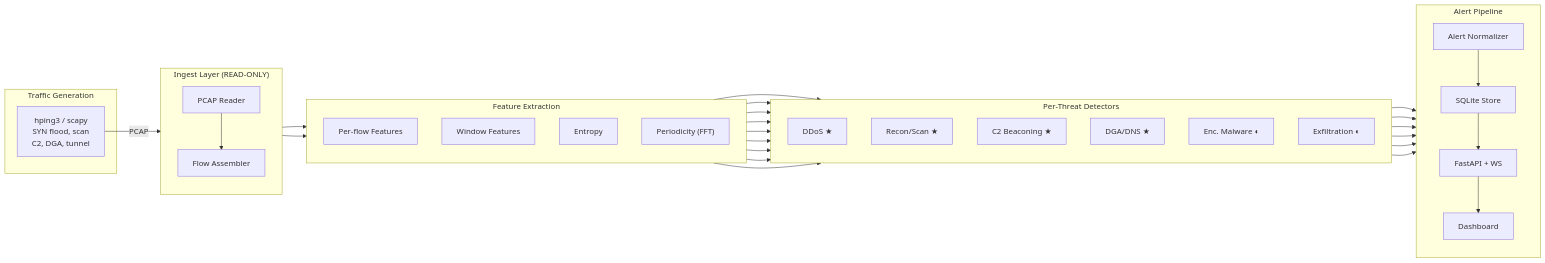
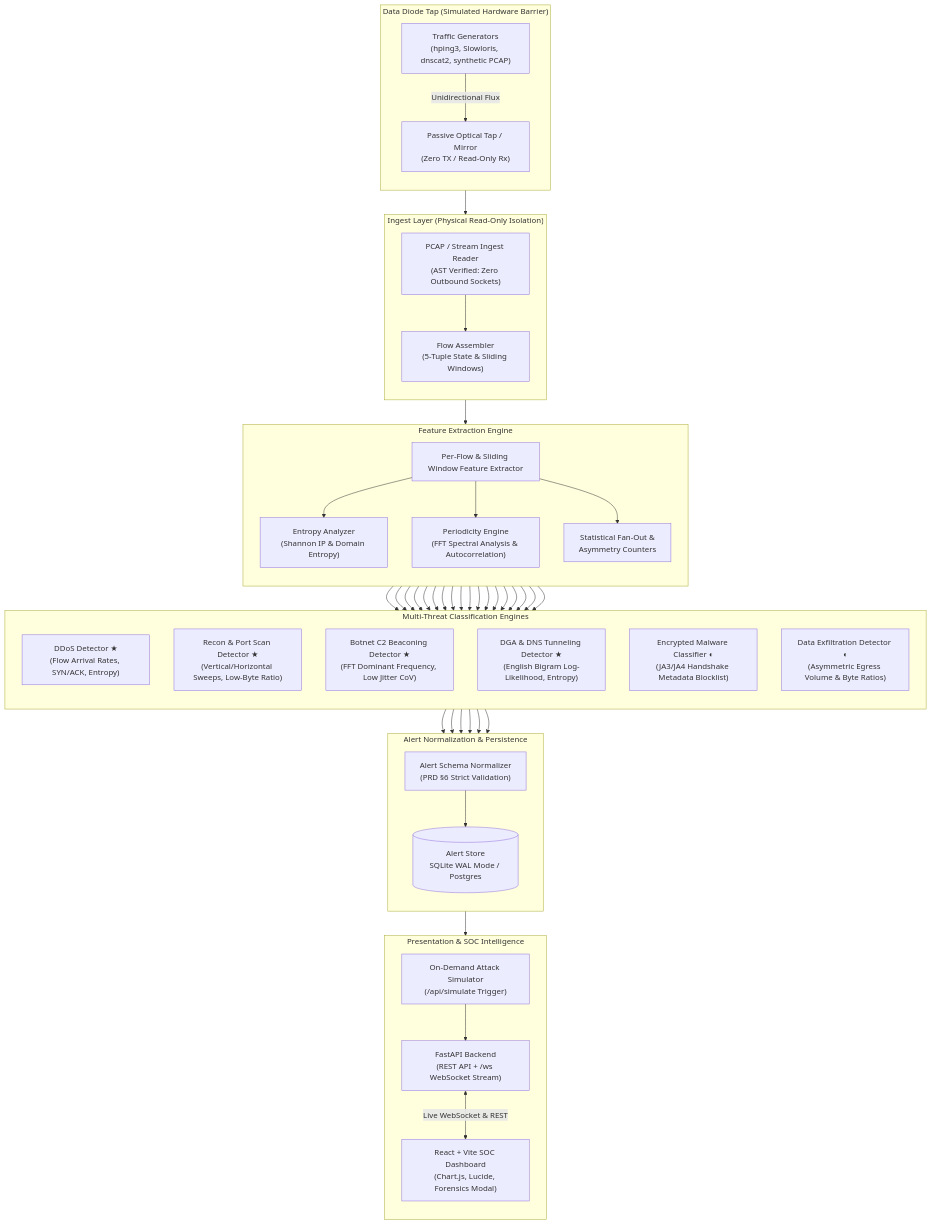
The diagram in README.md (imagine1phoenix/diode), drawn with Mermaid before and after one commit. The commit also changed other lines of this file and 21 other files, not shown here.

````diff
--- a/README.md
+++ b/README.md
@@ -7,46 +15,56 @@
 ```mermaid
-flowchart LR
-    subgraph Traffic["Traffic Generation"]
-        TG["hping3 / scapy\nSYN flood, scan\nC2, DGA, tunnel"]
+flowchart TD
+    subgraph Diode["Data Diode Tap (Simulated Hardware Barrier)"]
+        direction TB
+        TG["Traffic Generators\n(hping3, Slowloris, dnscat2, synthetic PCAP)"]
+        TAP["Passive Optical Tap / Mirror\n(Zero TX / Read-Only Rx)"]
+        TG -->|Unidirectional Flux| TAP
     end
 
-    subgraph Ingest["Ingest Layer (READ-ONLY)"]
+    subgraph Ingest["Ingest Layer (Physical Read-Only Isolation)"]
         direction TB
-        PR["PCAP Reader"]
-        FA["Flow Assembler"]
-        PR --> FA
+        RDR["PCAP / Stream Ingest Reader\n(AST Verified: Zero Outbound Sockets)"]
+        FA["Flow Assembler\n(5-Tuple State & Sliding Windows)"]
+        TAP --> RDR --> FA
     end
 
-    subgraph Features["Feature Extraction"]
+    subgraph Features["Feature Extraction Engine"]
         direction TB
-        FE["Per-flow Features"]
-        WF["Window Features"]
-        ENT["Entropy"]
-        PER["Periodicity (FFT)"]
+        FE["Per-Flow & Sliding Window Feature Extractor"]
+        ENT["Entropy Analyzer\n(Shannon IP & Domain Entropy)"]
+        PER["Periodicity Engine\n(FFT Spectral Analysis & Autocorrelation)"]
+        STAT["Statistical Fan-Out &\nAsymmetry Counters"]
+        FE --> ENT & PER & STAT
     end
 
-    subgraph Detectors["Per-Threat Detectors"]
+    subgraph Detectors["Multi-Threat Classification Engines"]
         direction TB
-        D1["DDoS ★"]
-        D2["Recon/Scan ★"]
-        D3["C2 Beaconing ★"]
-        D4["DGA/DNS ★"]
-        D5["Enc. Malware ◐"]
-        D6["Exfiltration ◐"]
+        D1["DDoS Detector ★\n(Flow Arrival Rates, SYN/ACK, Entropy)"]
+        D2["Recon & Port Scan Detector ★\n(Vertical/Horizontal Sweeps, Low-Byte Ratio)"]
+        D3["Botnet C2 Beaconing Detector ★\n(FFT Dominant Frequency, Low Jitter CoV)"]
+        D4["DGA & DNS Tunneling Detector ★\n(English Bigram Log-Likelihood, Entropy)"]
+        D5["Encrypted Malware Classifier ◐\n(JA3/JA4 Handshake Metadata Blocklist)"]
+        D6["Data Exfiltration Detector ◐\n(Asymmetric Egress Volume & Byte Ratios)"]
     end
 
-    subgraph Output["Alert Pipeline"]
+    subgraph AlertPipeline["Alert Normalization & Persistence"]
         direction TB
-        AN["Alert Normalizer"]
-        AS["SQLite Store"]
-        API["FastAPI + WS"]
-        DASH["Dashboard"]
-        AN --> AS --> API --> DASH
+        NORM["Alert Schema Normalizer\n(PRD §6 Strict Validation)"]
+        STORE[("Alert Store\nSQLite WAL Mode / Postgres")]
+        NORM --> STORE
     end
 
-    TG -->|PCAP| PR
-    FA --> FE & WF
-    FE --> D1 & D2 & D3 & D4 & D5 & D6
-    WF --> D1 & D2 & D3
-    D1 & D2 & D3 & D4 & D5 & D6 --> AN
+    subgraph Interface["Presentation & SOC Intelligence"]
+        direction TB
+        API["FastAPI Backend\n(REST API + /ws WebSocket Stream)"]
+        SIM["On-Demand Attack Simulator\n(/api/simulate Trigger)"]
+        DASH["React + Vite SOC Dashboard\n(Chart.js, Lucide, Forensics Modal)"]
+        STORE --> API
+        SIM --> API
+        API <-->|Live WebSocket & REST| DASH
+    end
+
+    FA --> FE
+    ENT & PER & STAT --> D1 & D2 & D3 & D4 & D5 & D6
+    D1 & D2 & D3 & D4 & D5 & D6 --> NORM
 ```
````
